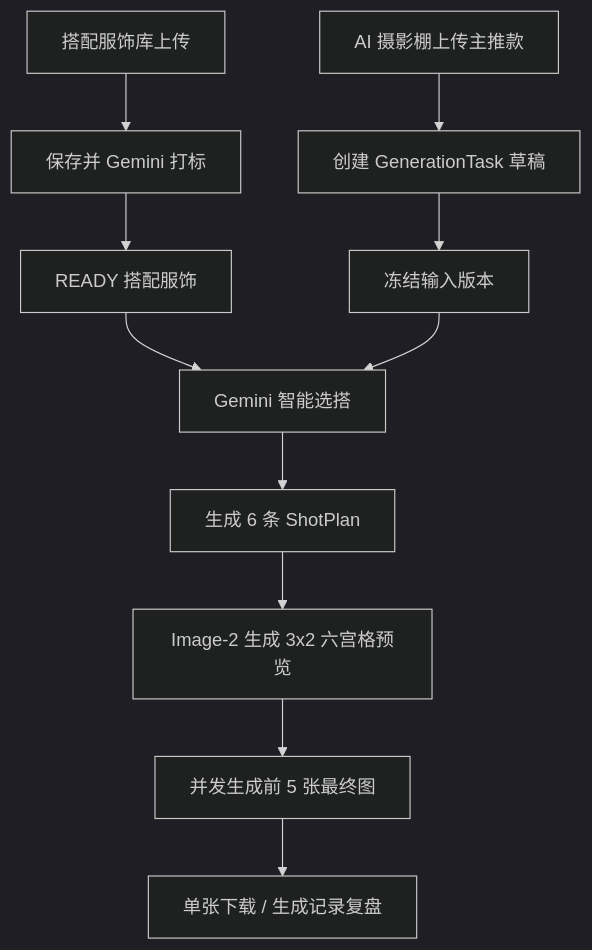
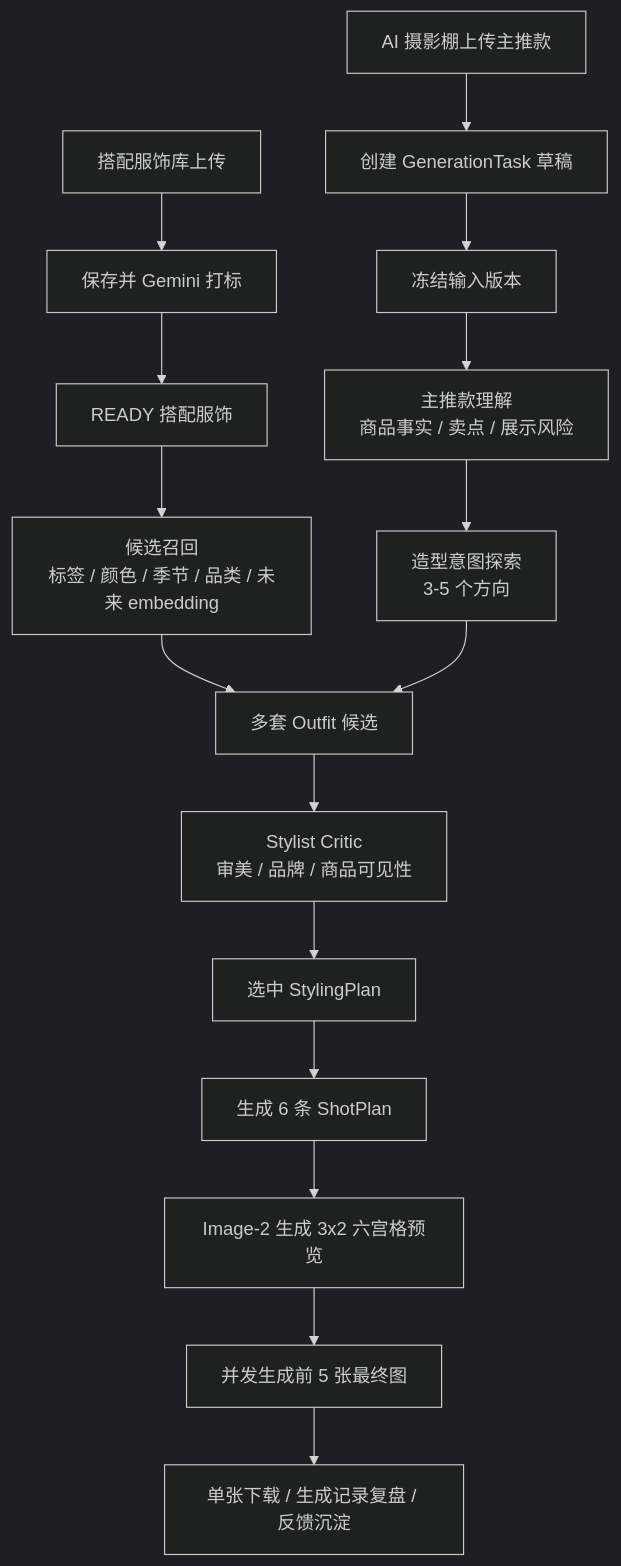
One commit to happyvchen/ruyi-dream changed the diagram in design/01_generation_flow/generation_flow.md. Above: the diagram before and after it, drawn with Mermaid (dark theme). The commit also changed other lines of this file and 23 other files, not shown here.

````diff
--- a/design/01_generation_flow/generation_flow.md
+++ b/design/01_generation_flow/generation_flow.md
@@ -7,13 +7,18 @@
 ```mermaid
 flowchart TD
   A["搭配服饰库上传"] --> B["保存并 Gemini 打标"]
   B --> C["READY 搭配服饰"]
   D["AI 摄影棚上传主推款"] --> E["创建 GenerationTask 草稿"]
   E --> F["冻结输入版本"]
-  C --> G["Gemini 智能选搭"]
-  F --> G
-  G --> H["生成 6 条 ShotPlan"]
-  H --> I["Image-2 生成 3x2 六宫格预览"]
-  I --> J["并发生成前 5 张最终图"]
-  J --> K["单张下载 / 生成记录复盘"]
+  C --> G["候选召回<br/>标签 / 颜色 / 季节 / 品类 / 未来 embedding"]
+  F --> H["主推款理解<br/>商品事实 / 卖点 / 展示风险"]
+  H --> I["造型意图探索<br/>3-5 个方向"]
+  G --> J["多套 Outfit 候选"]
+  I --> J
+  J --> K["Stylist Critic<br/>审美 / 品牌 / 商品可见性"]
+  K --> L["选中 StylingPlan"]
+  L --> M["生成 6 条 ShotPlan"]
+  M --> N["Image-2 生成 3x2 六宫格预览"]
+  N --> O["并发生成前 5 张最终图"]
+  O --> P["单张下载 / 生成记录复盘 / 反馈沉淀"]
 ```
````
